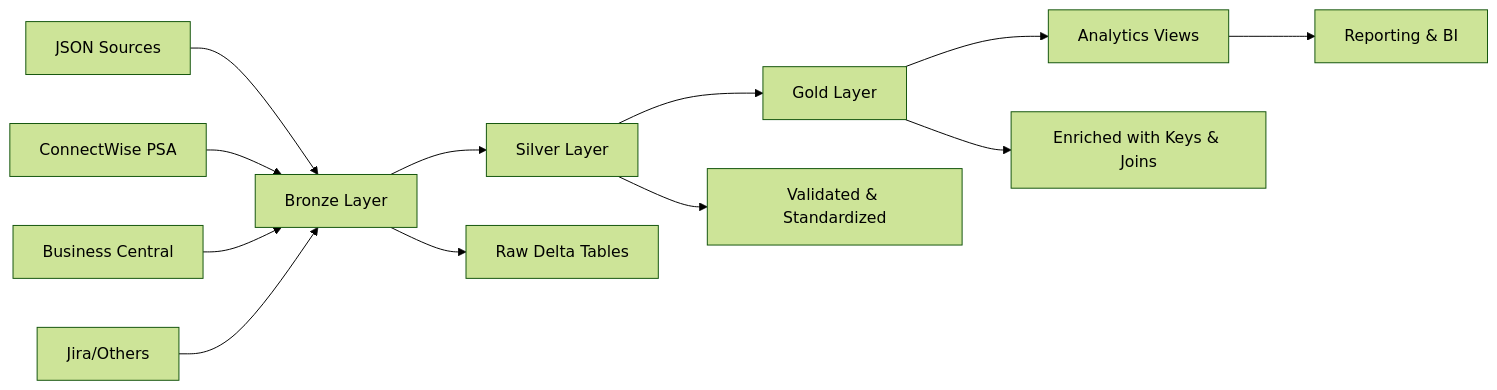
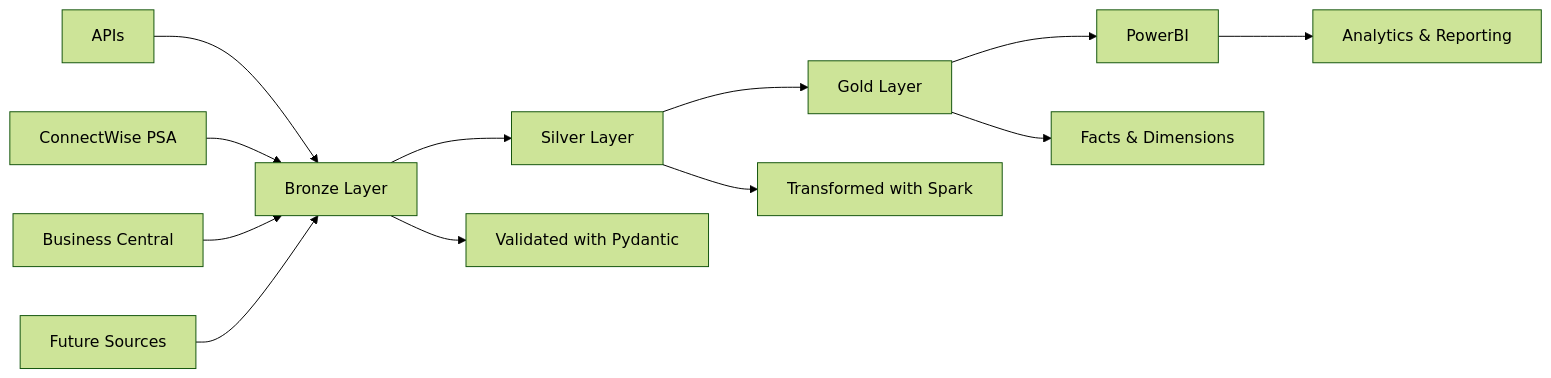
One commit to RationallyPrime/connectwise-etl changed the diagram in README.md. Above: the diagram before and after it, drawn with Mermaid (forest theme). The commit also changed other lines of this file and 3 other files, not shown here.

````diff
--- a/README.md
+++ b/README.md
@@ -27,16 +52,16 @@
 ```mermaid
 graph LR
-    A[JSON Sources] --> B[Bronze Layer]
+    A[APIs] --> B[Bronze Layer]
     B --> C[Silver Layer] 
     C --> D[Gold Layer]
-    D --> E[Analytics Views]
+    D --> E[PowerBI]
     
     A1[ConnectWise PSA] --> B
     A2[Business Central] --> B
-    A3[Jira/Others] --> B
+    A3[Future Sources] --> B
     
-    B --> B1[Raw Delta Tables]
-    C --> C1[Validated & Standardized]
-    D --> D1[Enriched with Keys & Joins]
-    E --> E1[Reporting & BI]
+    B --> B1[Validated with Pydantic]
+    C --> C1[Transformed with Spark]
+    D --> D1[Facts & Dimensions]
+    E --> E1[Analytics & Reporting]
 ```
````
